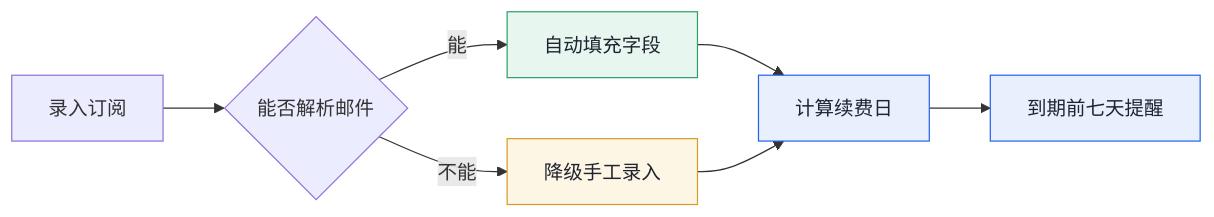
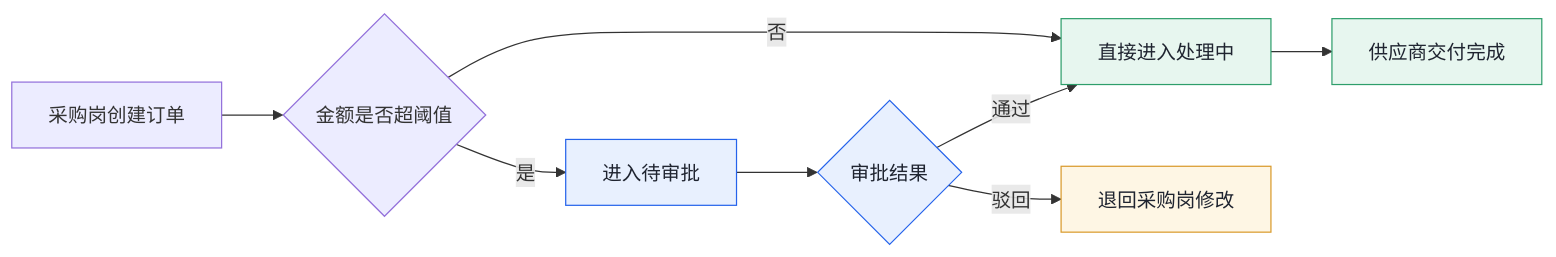
The first of 3 diagrams in templates/export/sample-prd.md (CharlesHYF/charles-prd-skill), drawn with Mermaid before and after one commit. The commit also changed other lines of this file and 11 other files, not shown here.

````diff
--- a/templates/export/sample-prd.md
+++ b/templates/export/sample-prd.md
@@ -68,15 +76,16 @@
 ```mermaid
 flowchart LR
-	A[录入订阅] --> B{能否解析邮件}
-	B -- 能 --> C[自动填充字段]
-	B -- 不能 --> D[降级手工录入]
-	C --> E[计算续费日]
-	D --> E
-	E --> F[到期前七天提醒]
+	A[采购岗创建订单] --> B{金额是否超阈值}
+	B -- 否 --> C[直接进入处理中]
+	B -- 是 --> D[进入待审批]
+	D --> E{审批结果}
+	E -- 通过 --> C
+	E -- 驳回 --> F[退回采购岗修改]
+	C --> G[供应商交付完成]
 	classDef ok fill:#E7F6EF,stroke:#2E9E6B,color:#1F2430
 	classDef warn fill:#FEF6E4,stroke:#D99A2B,color:#1F2430
 	classDef key fill:#E8F0FE,stroke:#2563EB,color:#1F2430
-	class C ok
-	class D warn
-	class E,F key
+	class C,G ok
+	class F warn
+	class D,E key
 ```
````
